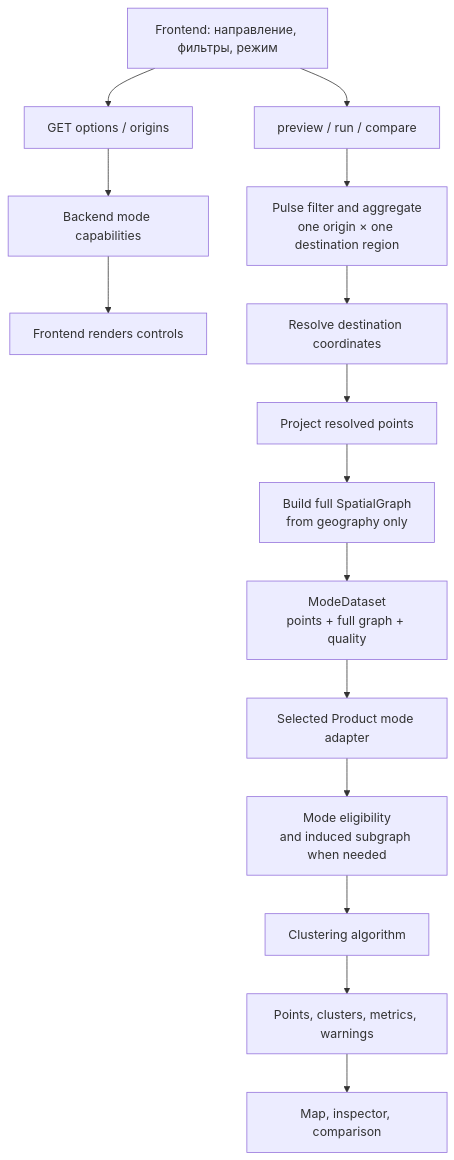
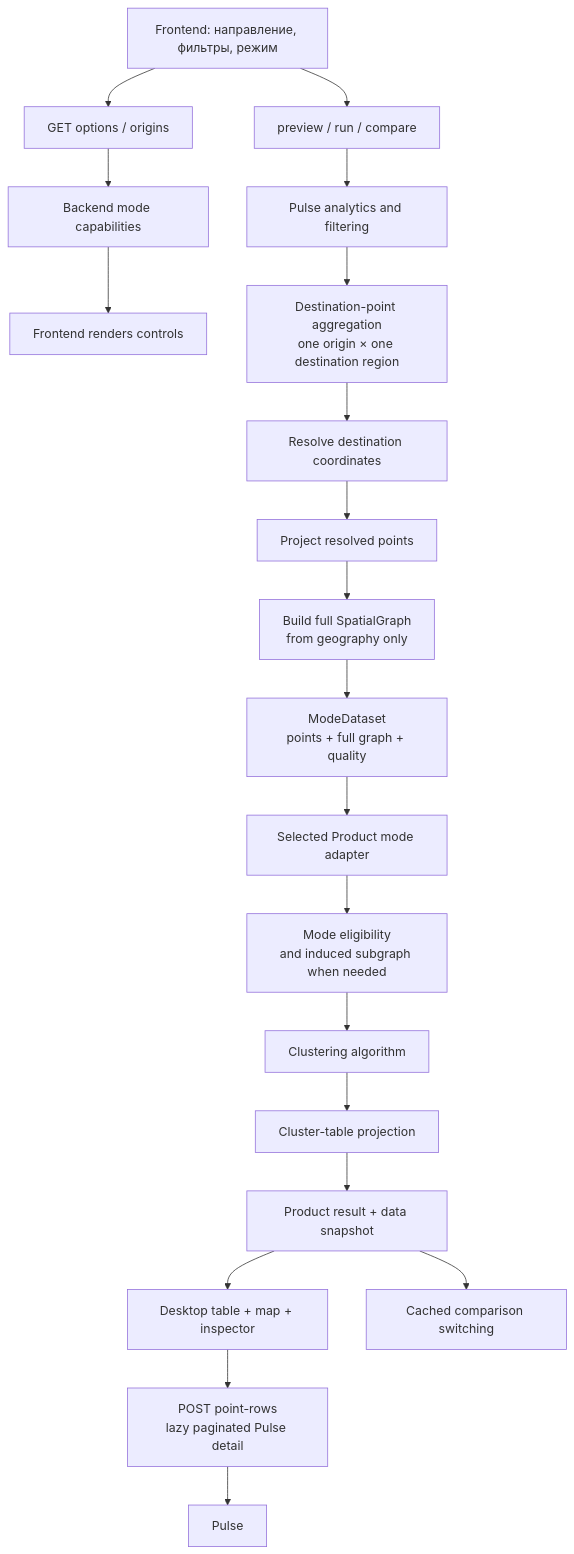
One commit to a-man-or-a-person/AI_logistics changed the second of 2 diagrams in docs/architecture/current-state.md. Above: the diagram before and after it, drawn with Mermaid. The commit also changed other lines of this file and 2 other files, not shown here.

Commit message:
docs: synchronize current Product cluster table documentation

````diff
--- a/docs/architecture/current-state.md
+++ b/docs/architecture/current-state.md
@@ -31,17 +31,22 @@
 ```mermaid
 flowchart TD
     Form[Frontend: направление, фильтры, режим] --> Options[GET options / origins]
     Options --> Capabilities[Backend mode capabilities]
     Capabilities --> Controls[Frontend renders controls]
     Form --> Request[preview / run / compare]
-    Request --> Aggregate[Pulse filter and aggregate\none origin × one destination region]
+    Request --> PulseAnalytics[Pulse analytics and filtering]
+    PulseAnalytics --> Aggregate[Destination-point aggregation\none origin × one destination region]
     Aggregate --> Resolve[Resolve destination coordinates]
     Resolve --> Project[Project resolved points]
     Project --> Graph[Build full SpatialGraph\nfrom geography only]
     Graph --> Dataset[ModeDataset\npoints + full graph + quality]
     Dataset --> Adapter[Selected Product mode adapter]
     Adapter --> Eligibility[Mode eligibility\nand induced subgraph when needed]
     Eligibility --> Algorithm[Clustering algorithm]
-    Algorithm --> Response[Points, clusters, metrics, warnings]
-    Response --> View[Map, inspector, comparison]
+    Algorithm --> Projection[Cluster-table projection]
+    Projection --> Response[Product result + data snapshot]
+    Response --> View[Desktop table + map + inspector]
+    Response --> Comparison[Cached comparison switching]
+    View --> Detail[POST point-rows\nlazy paginated Pulse detail]
+    Detail --> Pulse
 ```
````
